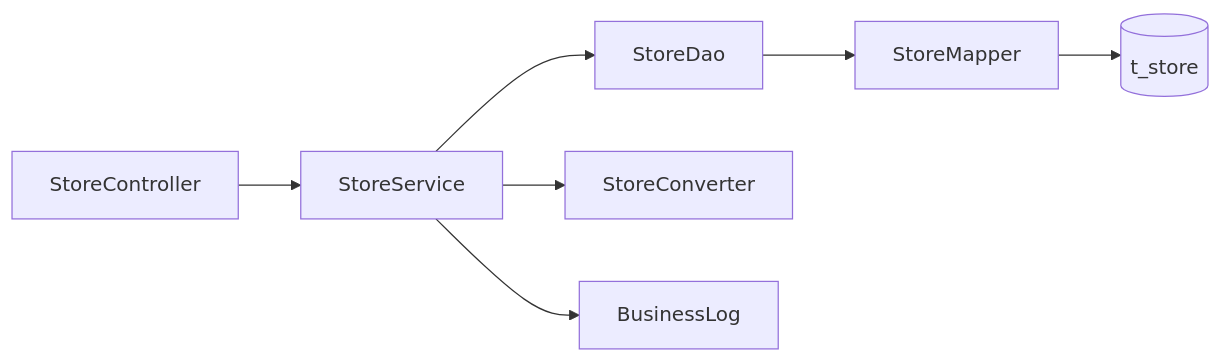
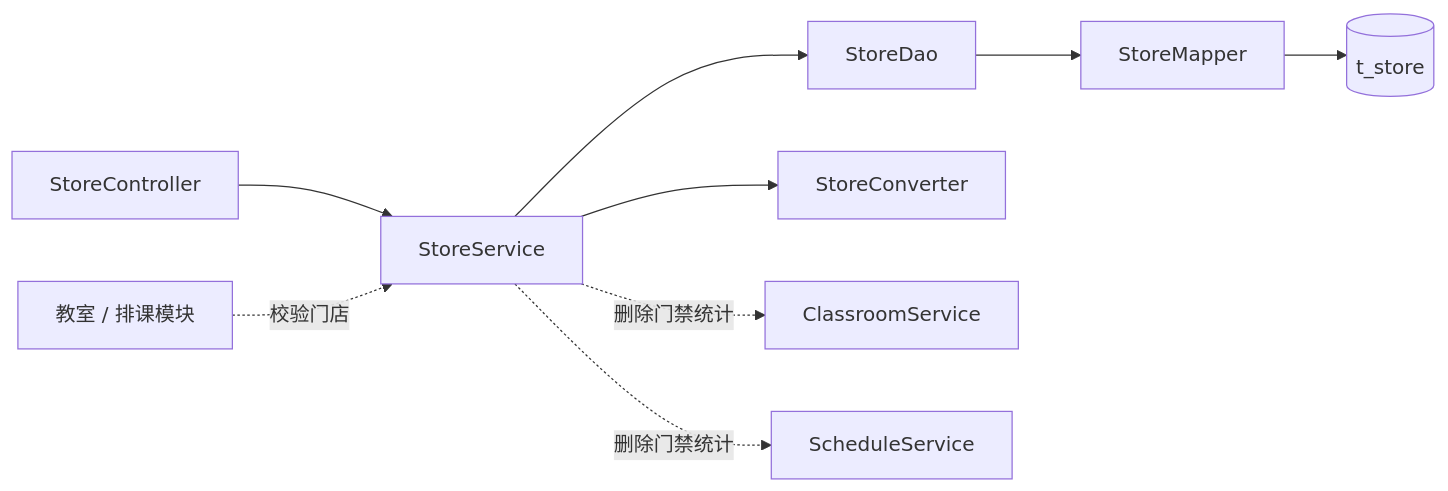
One commit to duo2530/techplant-yoga changed the second of 2 diagrams in docs/详细设计/门店管理详细设计.md. Above: the diagram before and after it, drawn with Mermaid. The commit also changed other lines of this file and 52 other files, not shown here.

````diff
--- a/docs/详细设计/门店管理详细设计.md
+++ b/docs/详细设计/门店管理详细设计.md
@@ -376,9 +349,11 @@
 ```mermaid
 flowchart LR
     C[StoreController] --> S[StoreService]
     S --> D[StoreDao]
     D --> M[StoreMapper]
     M --> T[(t_store)]
     S --> CV[StoreConverter]
-    S --> BL[BusinessLog]
+    S -.删除门禁统计.-> CR[ClassroomService]
+    S -.删除门禁统计.-> SR[ScheduleService]
+    SC[教室 / 排课模块] -.校验门店.-> S
 ```
````
